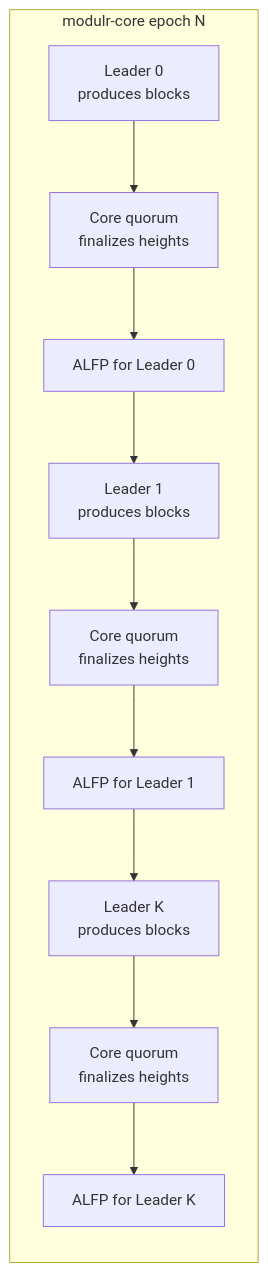
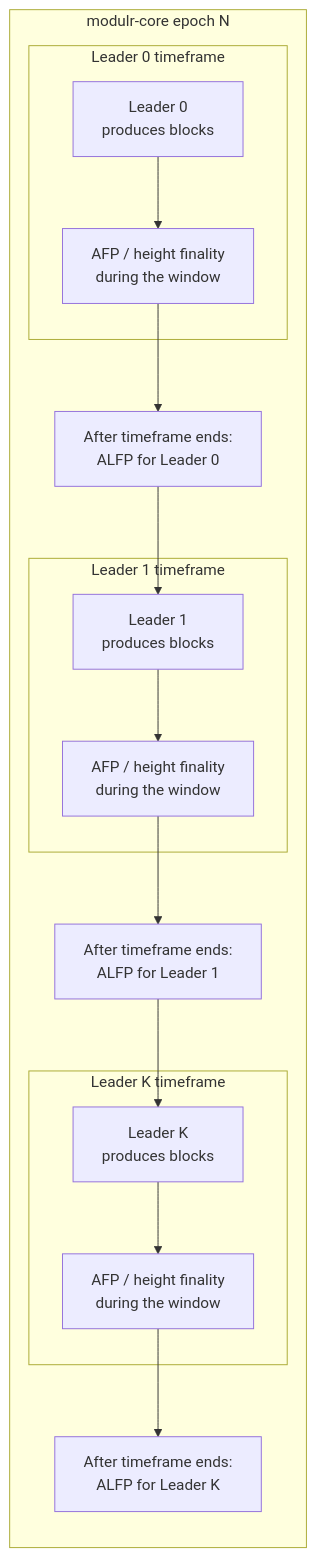
Before and after one commit to ModulrCloud/modulr-core: the third of 8 diagrams in wiki/workflow_description.md, drawn with Mermaid. The commit also changed other lines of this file, not shown here.

Commit message:
Better explanation to workflow

````diff
--- a/wiki/workflow_description.md
+++ b/wiki/workflow_description.md
@@ -60,20 +60,26 @@
 ```mermaid
 flowchart LR
     subgraph CoreEpoch["modulr-core epoch N"]
-        L1["Leader 0<br/>produces blocks"]
-        F1["Core quorum<br/>finalizes heights"]
-        A1["ALFP for Leader 0"]
+        subgraph W1["Leader 0 timeframe"]
+            L1["Leader 0<br/>produces blocks"]
+            F1["AFP / height finality<br/>during the window"]
+        end
+        A1["After timeframe ends:<br/>ALFP for Leader 0"]
 
-        L2["Leader 1<br/>produces blocks"]
-        F2["Core quorum<br/>finalizes heights"]
-        A2["ALFP for Leader 1"]
+        subgraph W2["Leader 1 timeframe"]
+            L2["Leader 1<br/>produces blocks"]
+            F2["AFP / height finality<br/>during the window"]
+        end
+        A2["After timeframe ends:<br/>ALFP for Leader 1"]
 
-        L3["Leader K<br/>produces blocks"]
-        F3["Core quorum<br/>finalizes heights"]
-        A3["ALFP for Leader K"]
+        subgraph W3["Leader K timeframe"]
+            L3["Leader K<br/>produces blocks"]
+            F3["AFP / height finality<br/>during the window"]
+        end
+        A3["After timeframe ends:<br/>ALFP for Leader K"]
     end
 
     L1 --> F1 --> A1
     A1 --> L2 --> F2 --> A2
     A2 --> L3 --> F3 --> A3
 ```
````
